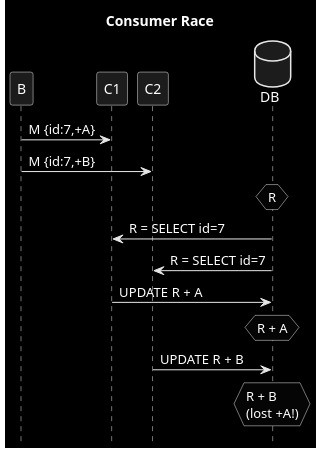
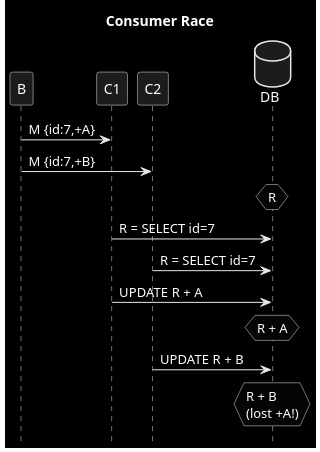
The diagram in patterns/3_race_c_c.puml (victorrentea/kafka), drawn with PlantUML before and after one commit. The commit also changed 13 other files, not shown here.

```diff
--- a/patterns/3_race_c_c.puml
+++ b/patterns/3_race_c_c.puml
@@ -1,16 +1,16 @@
 @startuml
 title Consumer Race
 hide footbox
 skinparam monochrome reverse
 database DB order 9
 
 B->C1: M {id:7,+A}
 B->C2: M {id:7,+B}
 hnote over DB: R
-C1<-DB: R = SELECT id=7
-C2<-DB: R = SELECT id=7
+C1->DB: R = SELECT id=7
+C2->DB: R = SELECT id=7
 C1->DB: UPDATE R + A
 hnote over DB: R + A
 C2->DB: UPDATE R + B
 hnote over DB: R + B\n(lost +A!)
 @enduml
```
